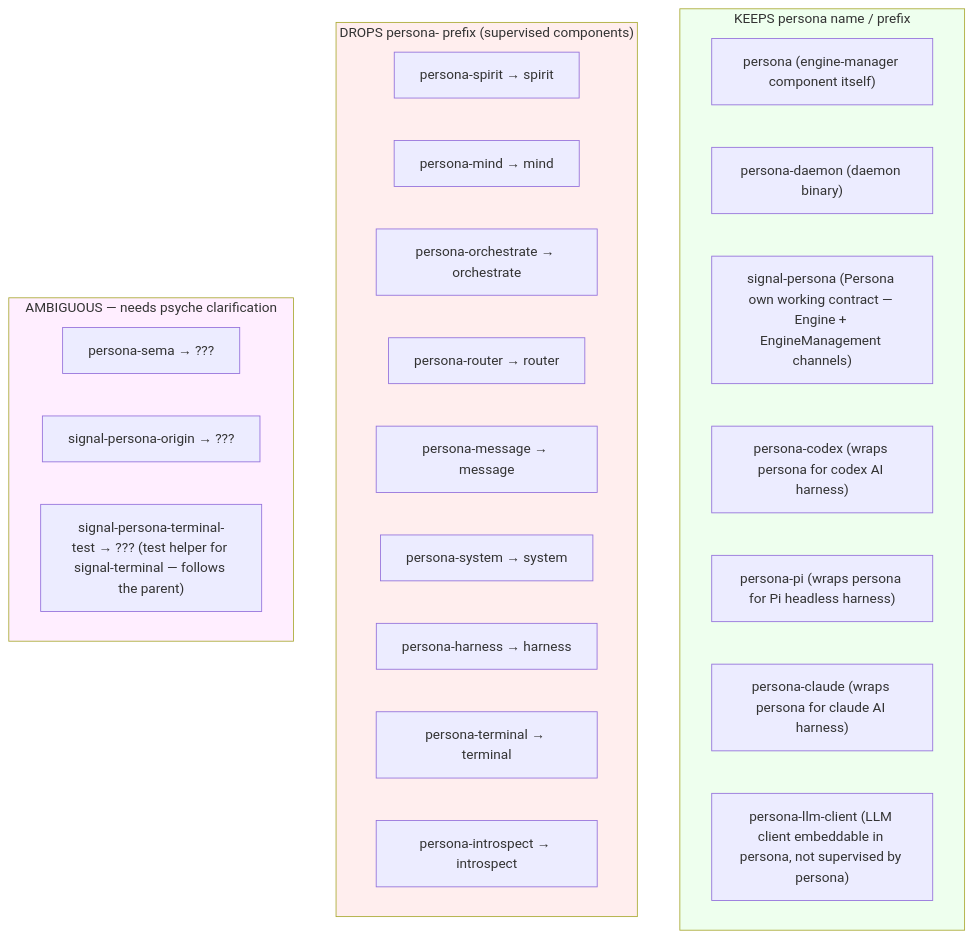
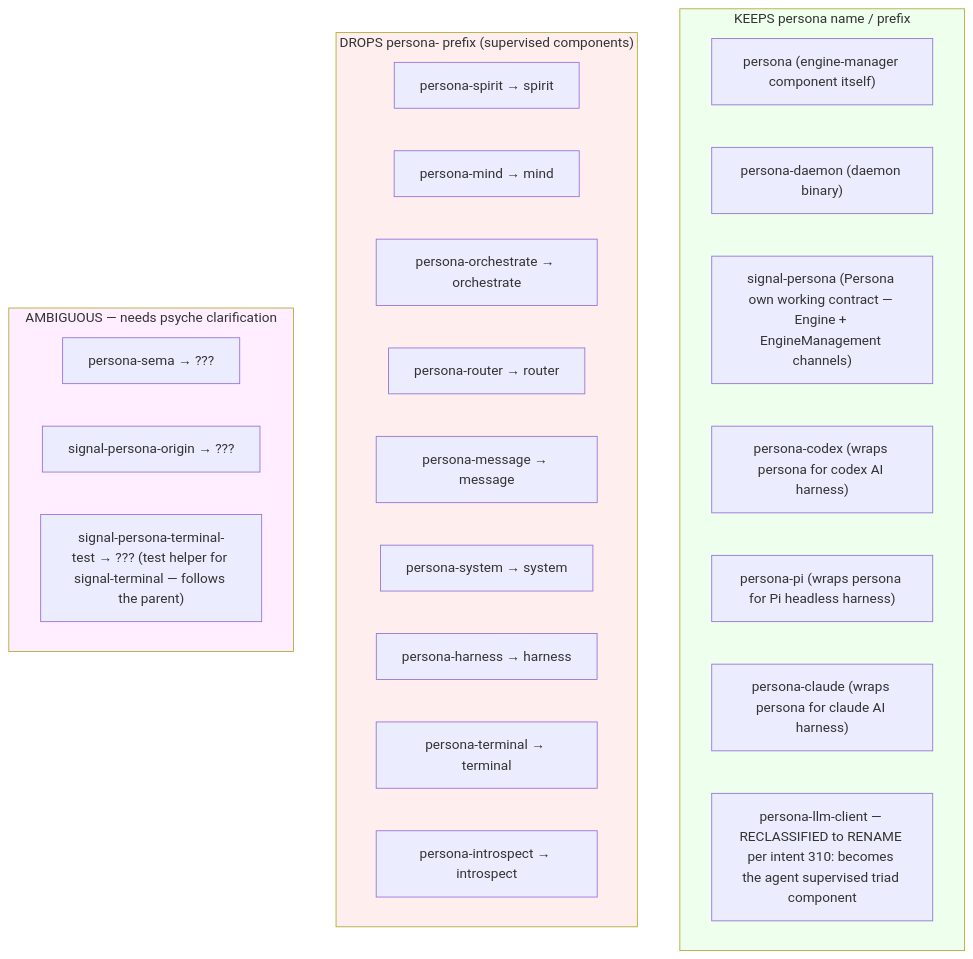
The first of 3 diagrams in reports/second-designer/160-persona-prefix-removal-coordinated-rename-2026-05-23.md (LiGoldragon/primary), drawn with Mermaid before and after one commit. The commit also changed other lines of this file and 1 other file, not shown here.

Commit message:
second-designer: /161 meta-report — overview synthesis 7 + /160 §2+§7 agent triad reclassification (intents 309/310 ratified)

````diff
--- a/reports/second-designer/160-persona-prefix-removal-coordinated-rename-2026-05-23.md
+++ b/reports/second-designer/160-persona-prefix-removal-coordinated-rename-2026-05-23.md
@@ -14,34 +14,34 @@
 ```mermaid
 flowchart TB
     subgraph Keeps["KEEPS persona name / prefix"]
         K1["persona (engine-manager component itself)"]
         K2["persona-daemon (daemon binary)"]
         K3["signal-persona (Persona own working contract — Engine + EngineManagement channels)"]
         K4["persona-codex (wraps persona for codex AI harness)"]
         K5["persona-pi (wraps persona for Pi headless harness)"]
         K6["persona-claude (wraps persona for claude AI harness)"]
-        K7["persona-llm-client (LLM client embeddable in persona, not supervised by persona)"]
+        K7["persona-llm-client — RECLASSIFIED to RENAME per intent 310: becomes the agent supervised triad component"]
     end
 
     subgraph Drops["DROPS persona- prefix (supervised components)"]
         D1["persona-spirit → spirit"]
         D2["persona-mind → mind"]
         D3["persona-orchestrate → orchestrate"]
         D4["persona-router → router"]
         D5["persona-message → message"]
         D6["persona-system → system"]
         D7["persona-harness → harness"]
         D8["persona-terminal → terminal"]
         D9["persona-introspect → introspect"]
     end
 
     subgraph Ambig["AMBIGUOUS — needs psyche clarification"]
         A1["persona-sema → ???"]
         A2["signal-persona-origin → ???"]
         A3["signal-persona-terminal-test → ??? (test helper for signal-terminal — follows the parent)"]
     end
 
     style Keeps fill:#efe
     style Drops fill:#fee
     style Ambig fill:#fef
 ```
````
